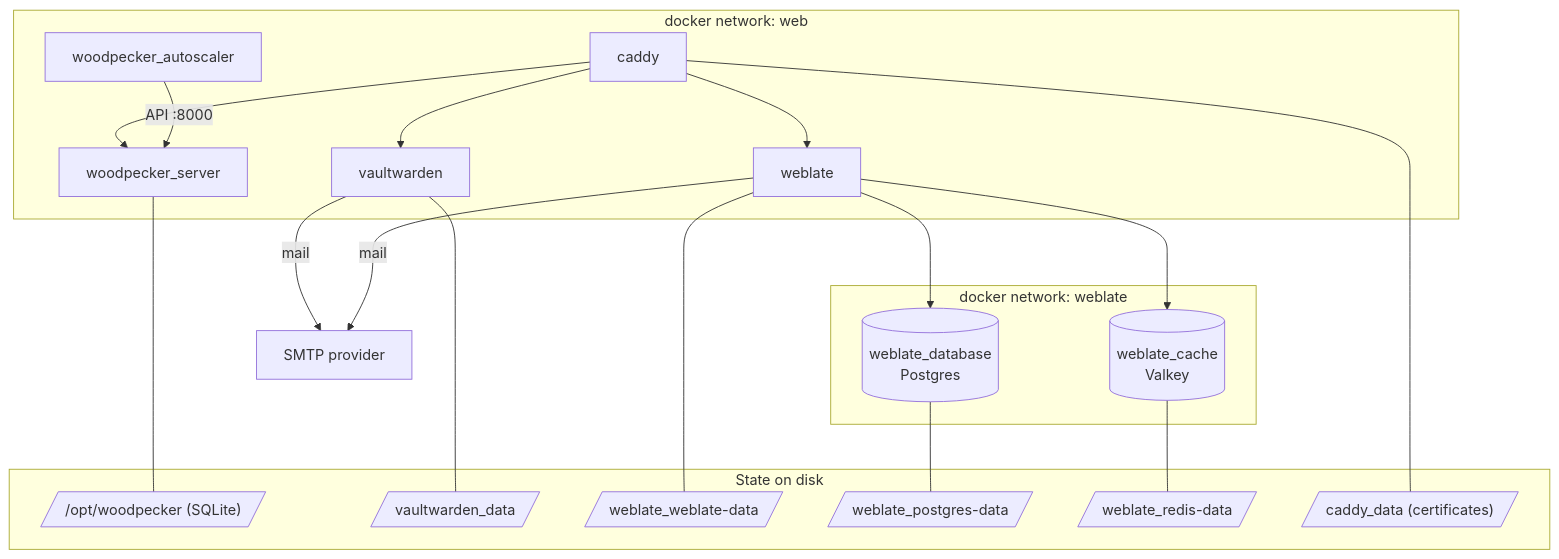
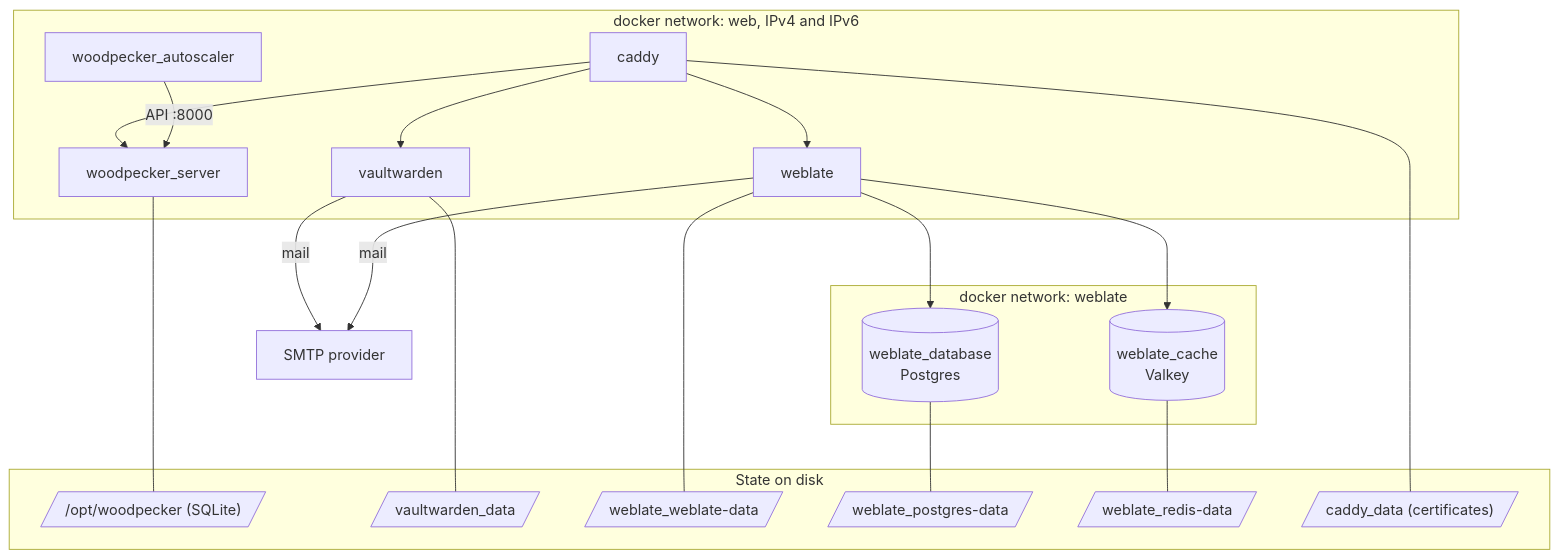
One commit to woodpecker-ci/infrastructure changed the second of 4 diagrams in overview.md. Above: the diagram before and after it, drawn with Mermaid. The commit also changed other lines of this file, not shown here.

````diff
--- a/overview.md
+++ b/overview.md
@@ -64,39 +64,39 @@
 ```mermaid
 flowchart TB
-  subgraph web[docker network: web]
+  subgraph web[docker network: web, IPv4 and IPv6]
     caddy[caddy]
     wp[woodpecker_server]
     as[woodpecker_autoscaler]
     vw[vaultwarden]
     wl[weblate]
   end
 
   subgraph weblate[docker network: weblate]
     pg[(weblate_database<br/>Postgres)]
     vk[(weblate_cache<br/>Valkey)]
   end
 
   subgraph state[State on disk]
     d1[/"/opt/woodpecker (SQLite)"/]
     d2[/vaultwarden_data/]
     d3[/weblate_weblate-data/]
     d4[/weblate_postgres-data/]
     d5[/weblate_redis-data/]
     d6[/"caddy_data (certificates)"/]
   end
 
   caddy --> wp & vw & wl
   as -->|API :8000| wp
   wl --> pg & vk
 
   wp --- d1
   vw --- d2
   wl --- d3
   pg --- d4
   vk --- d5
   caddy --- d6
 
   smtp[SMTP provider]
   vw -->|mail| smtp
   wl -->|mail| smtp
 ```
````
